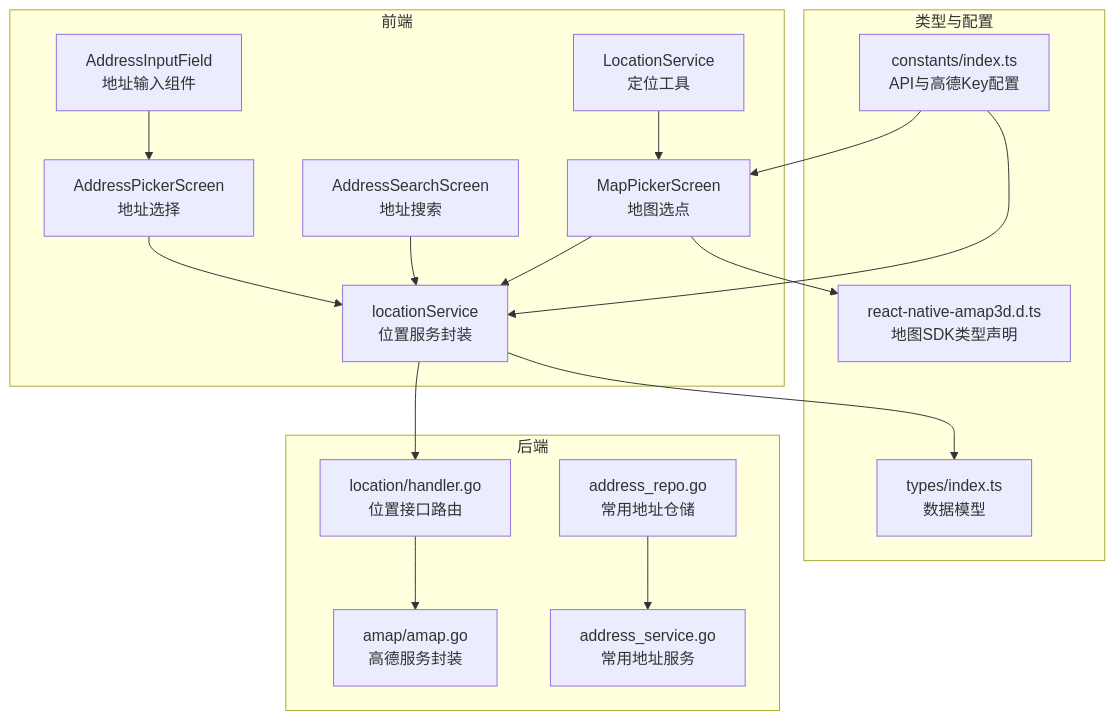
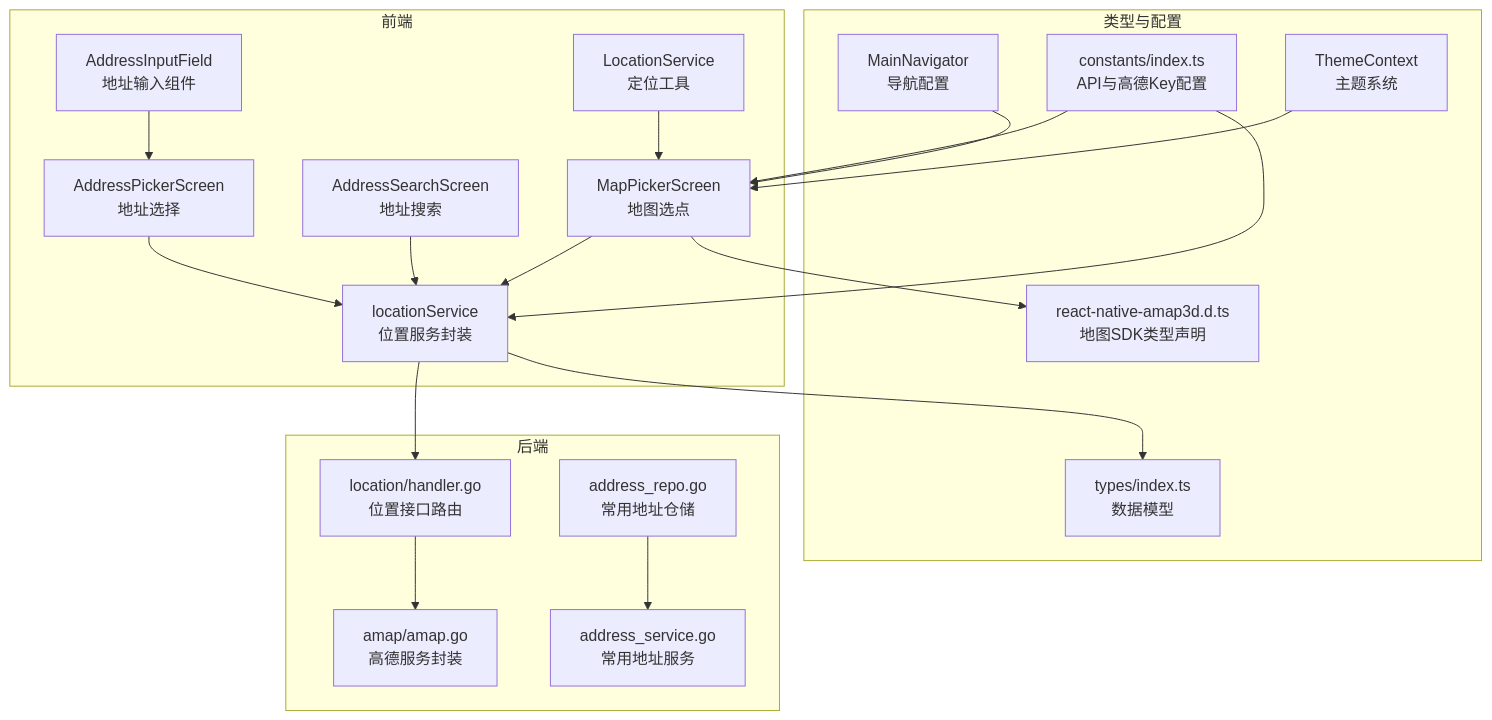
Before and after one commit to yinsw-c2e/drone_Rental_platform_v1: the first of 10 diagrams in .qoder/repowiki/zh/content/移动端应用/位置服务模块.md, drawn with Mermaid. The commit also changed other lines of this file and 7 other files, not shown here.

First line of the commit message:
feat(location): 新增地图选点安全退出机制与导航优化

````diff
--- a/.qoder/repowiki/zh/content/移动端应用/位置服务模块.md
+++ b/.qoder/repowiki/zh/content/移动端应用/位置服务模块.md
@@ -43,34 +53,38 @@
 ```mermaid
 graph TB
 subgraph "前端"
 A["AddressPickerScreen<br/>地址选择"]
 B["AddressSearchScreen<br/>地址搜索"]
 C["MapPickerScreen<br/>地图选点"]
 D["AddressInputField<br/>地址输入组件"]
 E["locationService<br/>位置服务封装"]
 F["LocationService<br/>定位工具"]
 end
 subgraph "类型与配置"
 T["types/index.ts<br/>数据模型"]
 U["react-native-amap3d.d.ts<br/>地图SDK类型声明"]
 K["constants/index.ts<br/>API与高德Key配置"]
+V["ThemeContext<br/>主题系统"]
+W["MainNavigator<br/>导航配置"]
 end
 subgraph "后端"
 H["location/handler.go<br/>位置接口路由"]
 S["amap/amap.go<br/>高德服务封装"]
 R["address_repo.go<br/>常用地址仓储"]
-V["address_service.go<br/>常用地址服务"]
+Z["address_service.go<br/>常用地址服务"]
 end
 A --> E
 B --> E
 C --> E
 D --> A
 E --> H
 F --> C
 E --> T
 C --> U
 H --> S
-R --> V
+R --> Z
 K --> E
 K --> C
+W --> C
+V --> C
 ```
````
